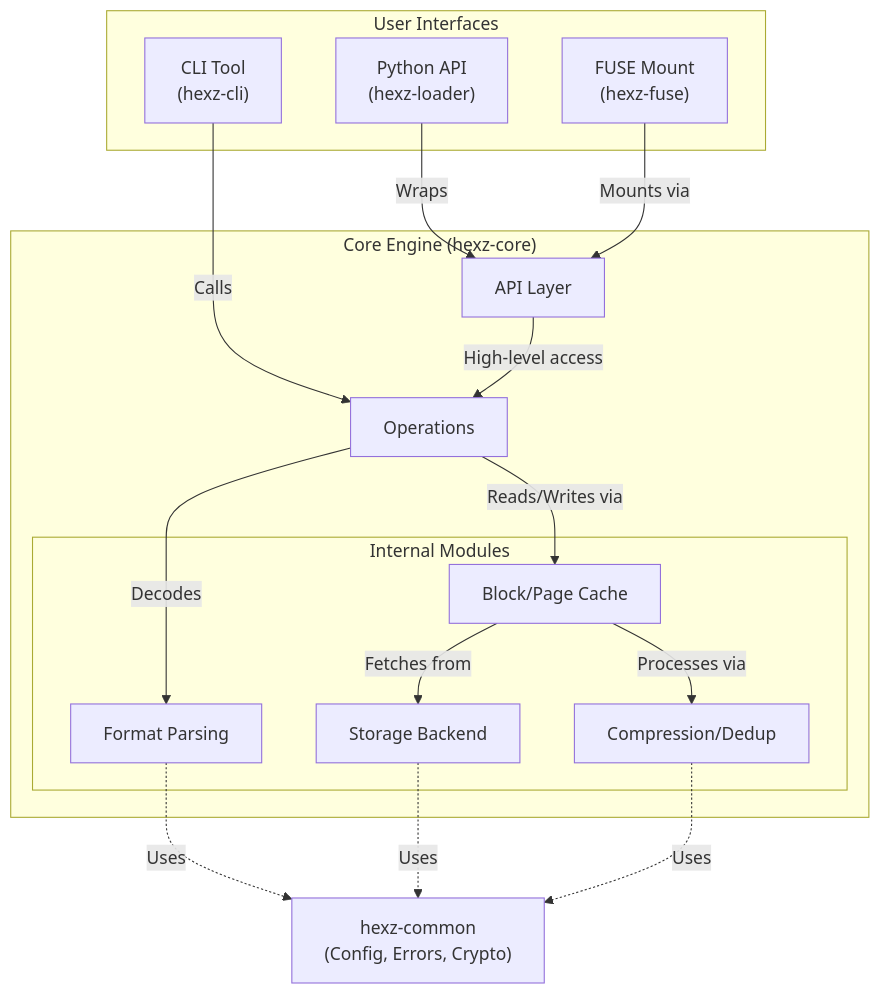
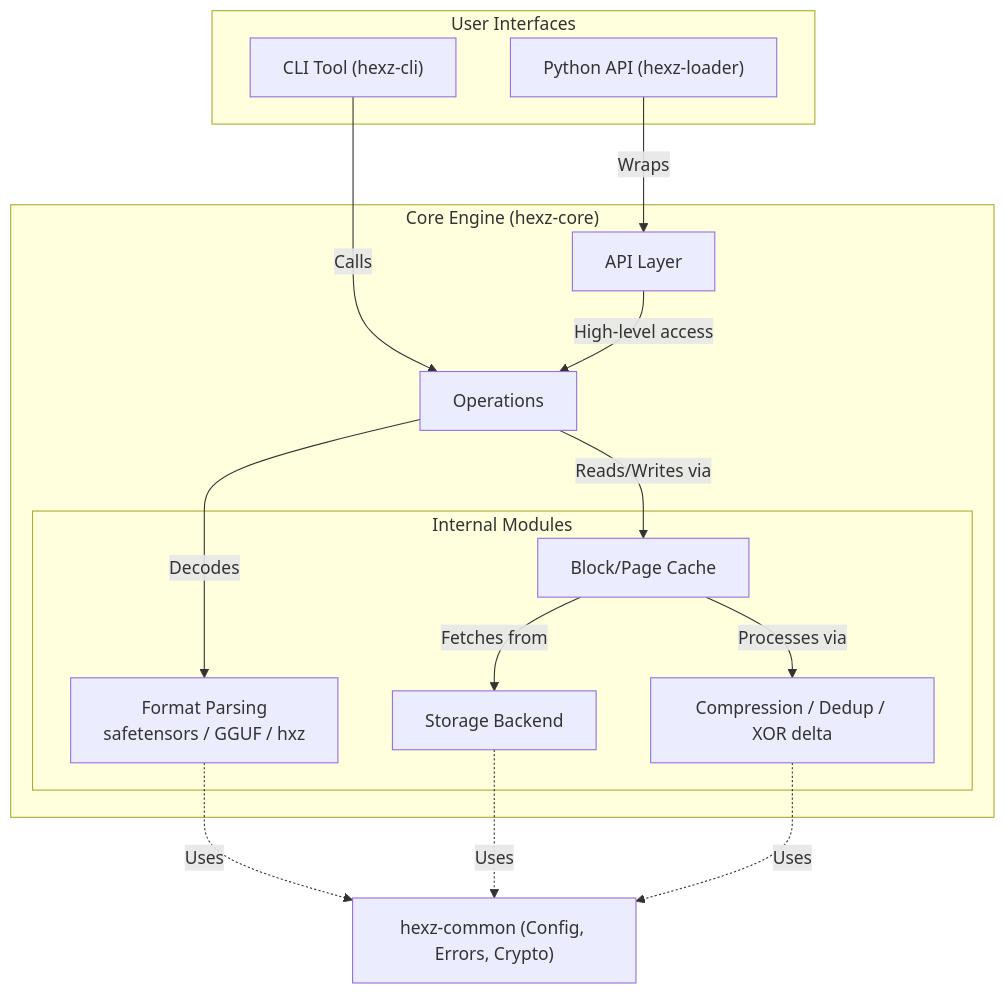
Before and after one commit to hexz-org/hexz: the first of 4 diagrams in docs/explanation/architecture.md, drawn with Mermaid. The commit also changed other lines of this file and 65 other files, not shown here.

First line of the commit message:
add XOR delta compression for ML checkpoints

````diff
--- a/docs/explanation/architecture.md
+++ b/docs/explanation/architecture.md
@@ -9,37 +7,32 @@
 ```mermaid
 graph TD
     subgraph "User Interfaces"
-        CLI["CLI Tool<br/>(hexz-cli)"]
-        Py["Python API<br/>(hexz-loader)"]
-        Fuse["FUSE Mount<br/>(hexz-fuse)"]
+        CLI["CLI Tool (hexz-cli)"]
+        Py["Python API (hexz-loader)"]
     end
 
     subgraph "Core Engine (hexz-core)"
         API[API Layer]
         Ops[Operations]
-        
+
         subgraph "Internal Modules"
-            Format[Format Parsing]
+            Format[Format Parsing\nsafetensors / GGUF / hxz]
             Cache[Block/Page Cache]
-            Algo[Compression/Dedup]
+            Algo[Compression / Dedup / XOR delta]
             Store[Storage Backend]
         end
     end
 
-    Common["hexz-common<br/>(Config, Errors, Crypto)"]
+    Common["hexz-common (Config, Errors, Crypto)"]
 
     CLI -->|Calls| Ops
     Py -->|Wraps| API
-    Fuse -->|Mounts via| API
-
     API -->|High-level access| Ops
     Ops -->|Decodes| Format
     Ops -->|Reads/Writes via| Cache
-    
     Cache -->|Fetches from| Store
     Cache -->|Processes via| Algo
-    
     Format -.->|Uses| Common
     Store -.->|Uses| Common
     Algo -.->|Uses| Common
 ```
````
